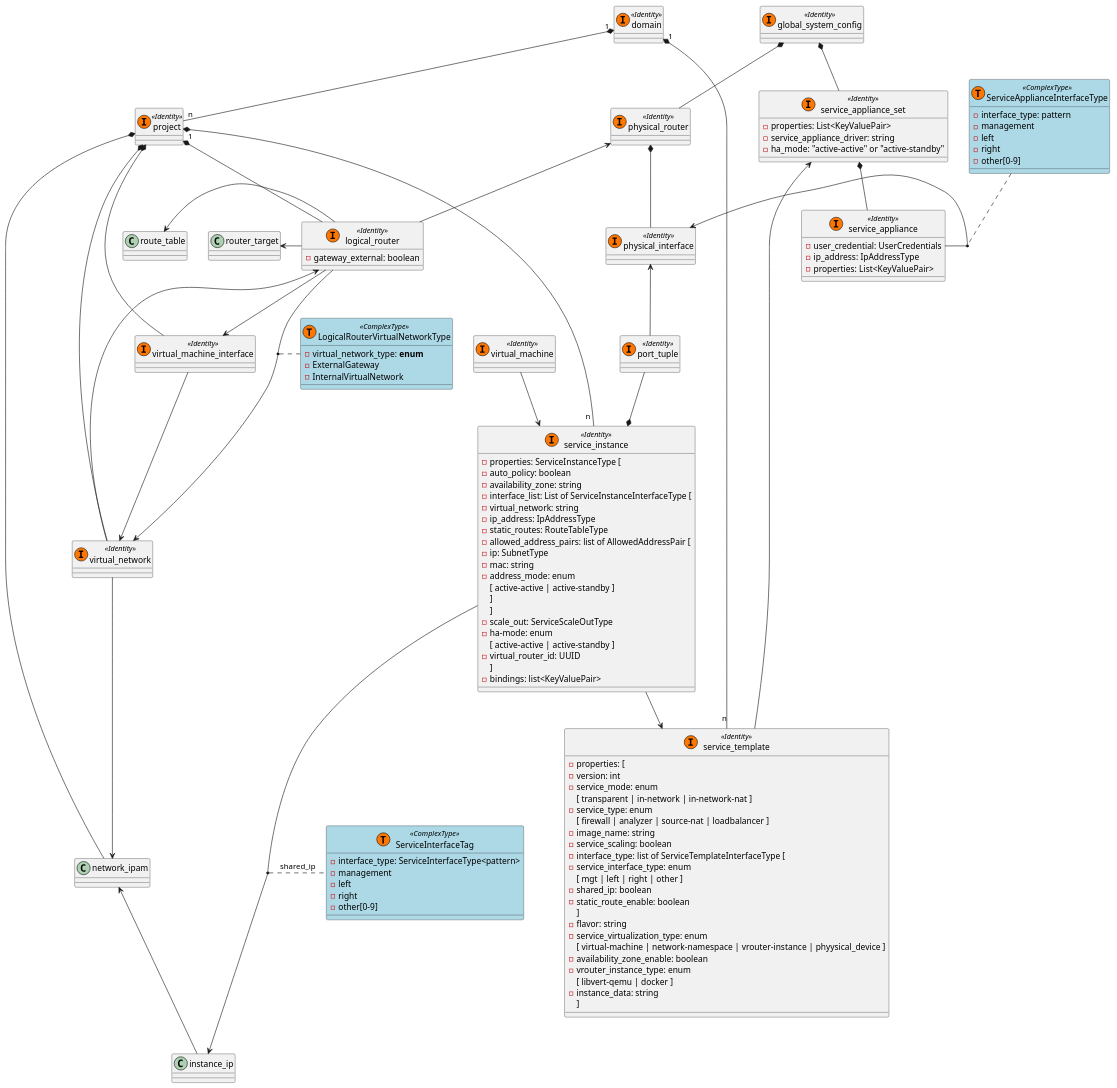
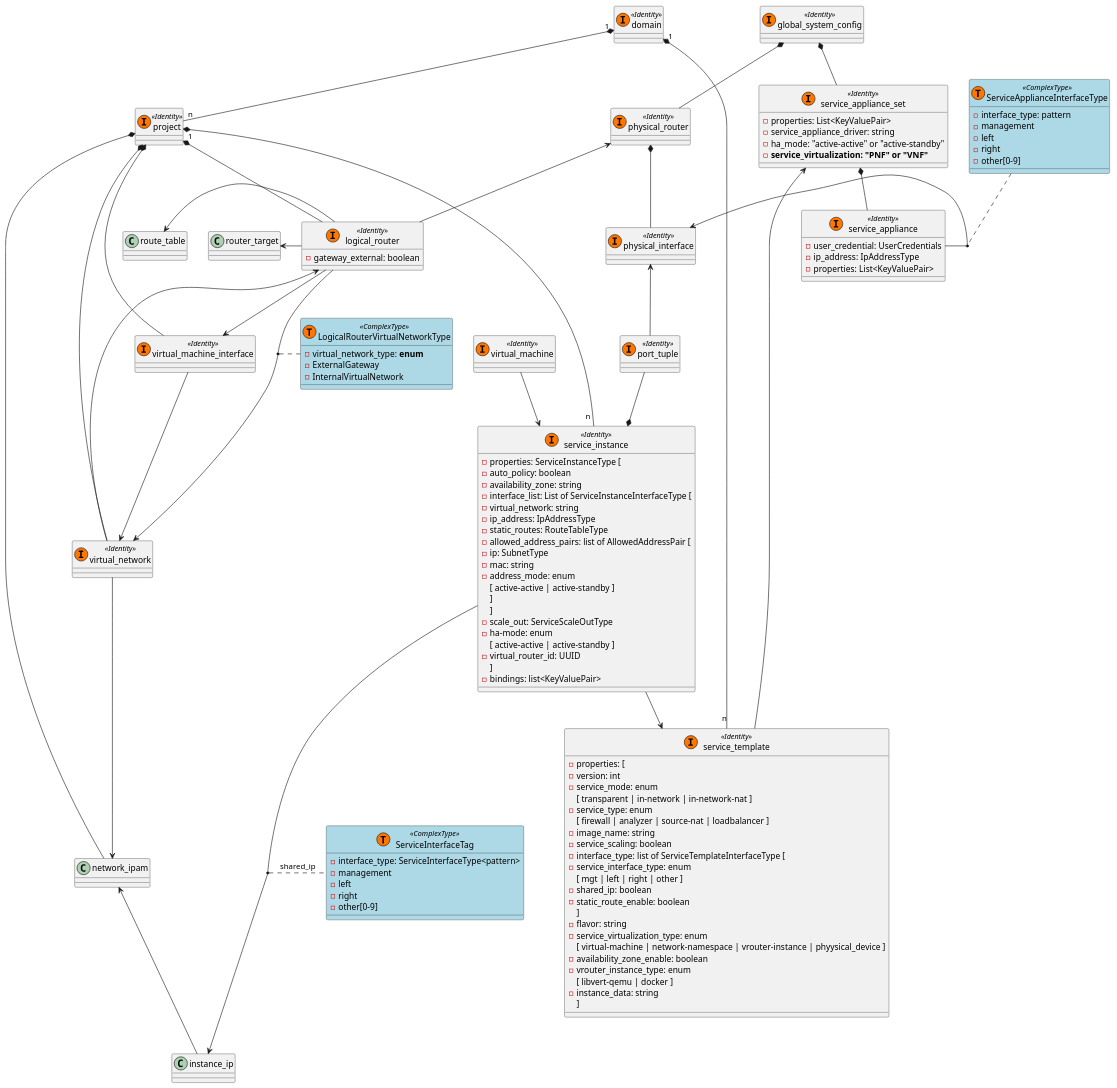
One commit to jnpr-tjiang/cfm-data-model changed the diagram in 5.1-data-model/service-chain.puml. Above: the diagram before and after it, drawn with PlantUML. The commit also changed 11 other files, not shown here.

```diff
--- a/5.1-data-model/service-chain.puml
+++ b/5.1-data-model/service-chain.puml
@@ -1,158 +1,159 @@
 @startuml
 
 
 class domain << (I, #FF7700) Identity>> {
 }
 
 class project << (I, #FF7700) Identity>> {
 }
 
 class global_system_config << (I, #FF7700) Identity>> {
 }
 
 class service_template << (I, #FF7700) Identity>> {
   - properties: [
       - version: int
       - service_mode: enum
             [ transparent | in-network | in-network-nat ]
       - service_type: enum
             [ firewall | analyzer | source-nat | loadbalancer ]
       - image_name: string
       - service_scaling: boolean
       - interface_type: list of ServiceTemplateInterfaceType [
             - service_interface_type: enum
                   [ mgt | left | right | other ]
             - shared_ip: boolean
             - static_route_enable: boolean
       ]
       - flavor: string
       - service_virtualization_type: enum
             [ virtual-machine | network-namespace | vrouter-instance | phyysical_device ]
       - availability_zone_enable: boolean
       - vrouter_instance_type: enum
             [ libvert-qemu | docker ]
       - instance_data: string
   ]
 }
 
 class service_instance << (I, #FF7700) Identity>> {
   - properties: ServiceInstanceType [
       - auto_policy: boolean
       - availability_zone: string
       - interface_list: List of ServiceInstanceInterfaceType [
             - virtual_network: string
             - ip_address: IpAddressType
             - static_routes: RouteTableType
             - allowed_address_pairs: list of AllowedAddressPair [
                   - ip: SubnetType
                   - mac: string
                   - address_mode: enum
                         [ active-active | active-standby ]
             ]
       ]
       - scale_out: ServiceScaleOutType
       - ha-mode: enum
             [ active-active | active-standby ]
       - virtual_router_id: UUID
   ]
   - bindings: list<KeyValuePair>
 }
 
 class service_appliance_set << (I, #FF7700) Identity>> {
   - properties: List<KeyValuePair>
   - service_appliance_driver: string
   - ha_mode: "active-active" or "active-standby"
+  - <b>service_virtualization: "PNF" or "VNF"
 }
 
 class service_appliance << (I, #FF7700) Identity>> {
   - user_credential: UserCredentials
   - ip_address: IpAddressType
   - properties: List<KeyValuePair>
 }
 
 class physical_router << (I, #FF7700) Identity>> {
 }
 
 class physical_interface << (I, #FF7700) Identity>> {
 }
 
 class virtual_machine << (I, #FF7700) Identity>> {
 }
 
 class port_tuple << (I, #FF7700) Identity>> {
 }
 
 class virtual_network << (I, #FF7700) Identity>> {
 }
 
 class virtual_machine_interface << (I, #FF7700) Identity>> {
 }
 
 class logical_router << (I, #FF7700) Identity>> {
   - gateway_external: boolean
 }
 
 class  ServiceApplianceInterfaceType << (T, #FF7700) ComplexType >> #lightblue {
   - interface_type: pattern
       - management
       - left
       - right
       - other[0-9]
 }
 
 class  ServiceInterfaceTag << (T, #FF7700) ComplexType >> #lightblue {
   - interface_type: ServiceInterfaceType<pattern>
       - management
       - left
       - right
       - other[0-9]
 }
 
 class  LogicalRouterVirtualNetworkType << (T, #FF7700) ComplexType >> #lightblue {
   - virtual_network_type: <b>enum
         - ExternalGateway
         - InternalVirtualNetwork
 }
 
 domain "1" *- "n" service_template
 domain "1" *-- "n" project
 
 project "1 " *-- "n  " service_instance
 project *--- network_ipam
 project *-- virtual_network
 project *-- virtual_machine_interface
 project *-- logical_router
 logical_router --> virtual_network
 (logical_router, virtual_network) . LogicalRouterVirtualNetworkType
 logical_router <-- virtual_network
 logical_router --> virtual_machine_interface
 router_target <- logical_router
 route_table <- logical_router
 
 physical_router <-- logical_router
 
 
 virtual_machine_interface -> virtual_network
 virtual_network --> network_ipam
 
 service_instance --> service_template
 
 global_system_config *-- service_appliance_set
 global_system_config *-- physical_router
 
 physical_router *-- physical_interface
 
 service_appliance_set *-- service_appliance
 service_appliance_set <--- service_template
 
 service_appliance -> physical_interface
 ServiceApplianceInterfaceType .. (service_appliance, physical_interface)
 virtual_machine --> service_instance
 service_instance --> instance_ip
 (service_instance, instance_ip) .. ServiceInterfaceTag: shared_ip
 
 port_tuple --* service_instance
 physical_interface <-- port_tuple
 
 network_ipam <-- instance_ip
 @enduml
```
